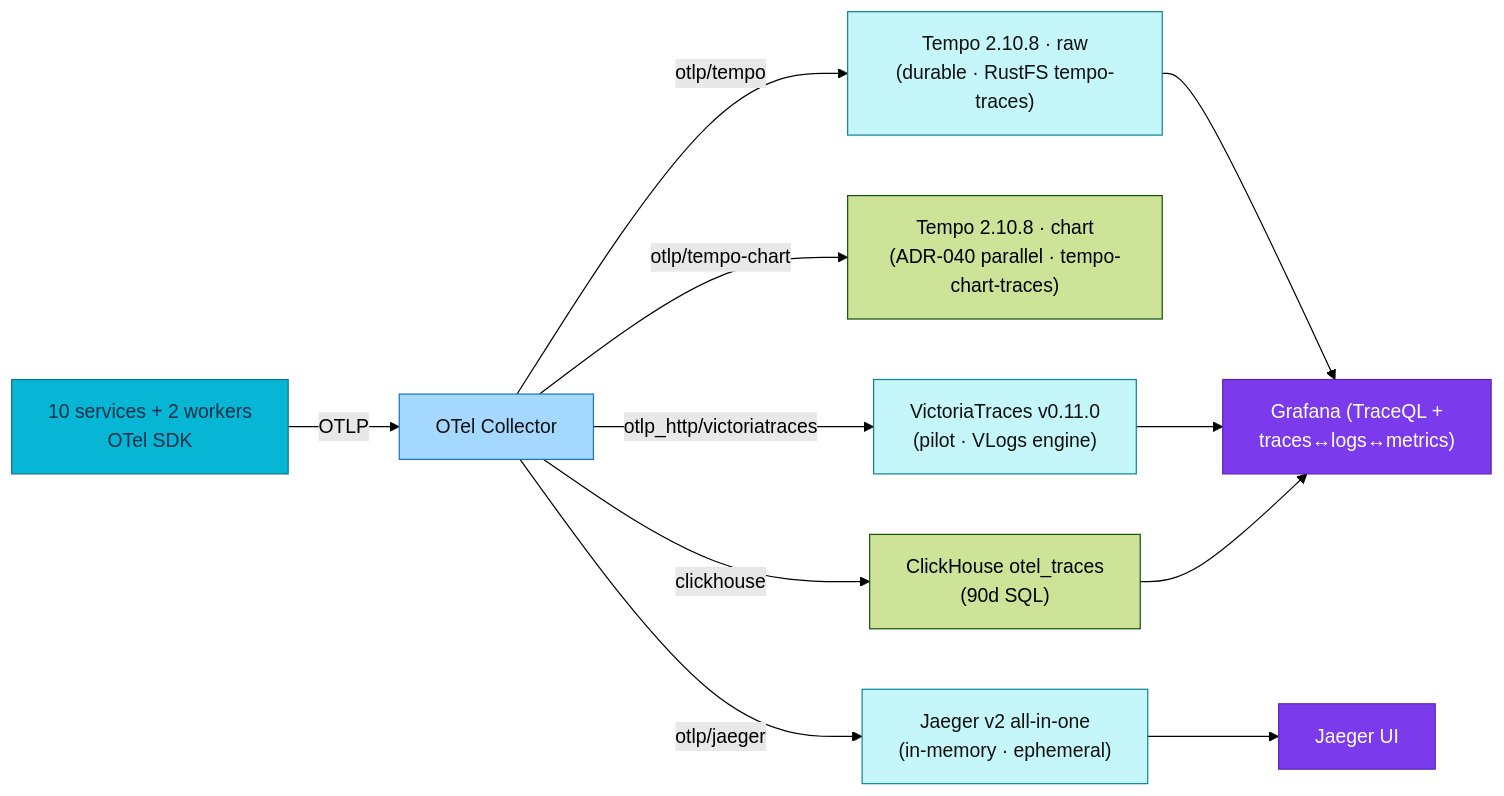
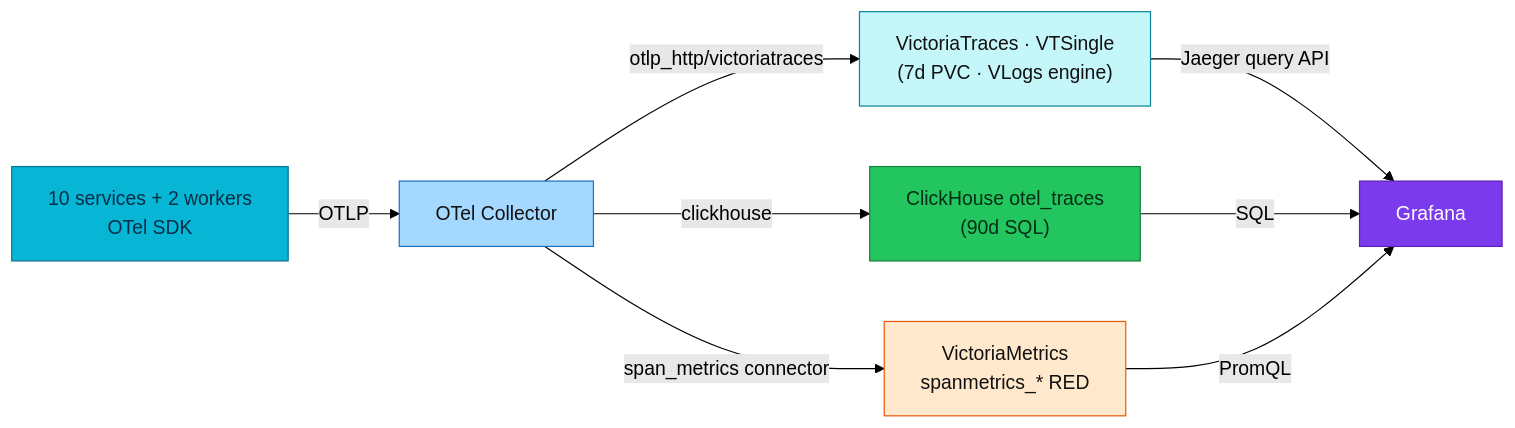
The diagram in docs/observability/tracing/backends-comparison.md (duynhlab/homelab), drawn with Mermaid (forest theme) before and after one commit. The commit also changed other lines of this file and 57 other files, not shown here.

````diff
--- a/docs/observability/tracing/backends-comparison.md
+++ b/docs/observability/tracing/backends-comparison.md
@@ -21,21 +21,22 @@
 ```mermaid
 flowchart LR
   Apps["10 services + 2 workers<br/>OTel SDK"] -->|OTLP| OC["OTel Collector"]
-  OC -->|otlp/tempo| T["Tempo 2.10.8 · raw<br/>(durable · RustFS tempo-traces)"]
-  OC -->|otlp/tempo-chart| TC["Tempo 2.10.8 · chart<br/>(ADR-040 parallel · tempo-chart-traces)"]
-  OC -->|otlp/jaeger| J["Jaeger v2 all-in-one<br/>(in-memory · ephemeral)"]
-  OC -->|otlp_http/victoriatraces| V["VictoriaTraces v0.11.0<br/>(pilot · VLogs engine)"]
+  OC -->|otlp_http/victoriatraces| V["VictoriaTraces · VTSingle<br/>(7d PVC · VLogs engine)"]
   OC -->|clickhouse| CH["ClickHouse otel_traces<br/>(90d SQL)"]
-  T --> G["Grafana (TraceQL +<br/>traces↔logs↔metrics)"]
-  J --> JU["Jaeger UI"]
-  V --> G
-  CH --> G
+  OC -->|span_metrics connector| VM["VictoriaMetrics<br/>spanmetrics_* RED"]
+  V -->|Jaeger query API| G["Grafana"]
+  CH -->|SQL| G
+  VM -->|PromQL| G
   classDef service fill:#06b6d4,color:#082f49,stroke:#0e7490;
   classDef trace fill:#c5f6fa,color:#111,stroke:#0c8599;
   classDef collector fill:#a5d8ff,color:#111,stroke:#1971c2;
   classDef platform fill:#7c3aed,color:#fff,stroke:#5b21b6;
+  classDef data fill:#22c55e,color:#052e16,stroke:#15803d;
+  classDef metric fill:#ffe8cc,color:#111,stroke:#e8590c;
   class Apps service;
   class OC collector;
-  class T,J,V trace;
-  class G,JU platform;
+  class V trace;
+  class CH data;
+  class VM metric;
+  class G platform;
 ```
````
